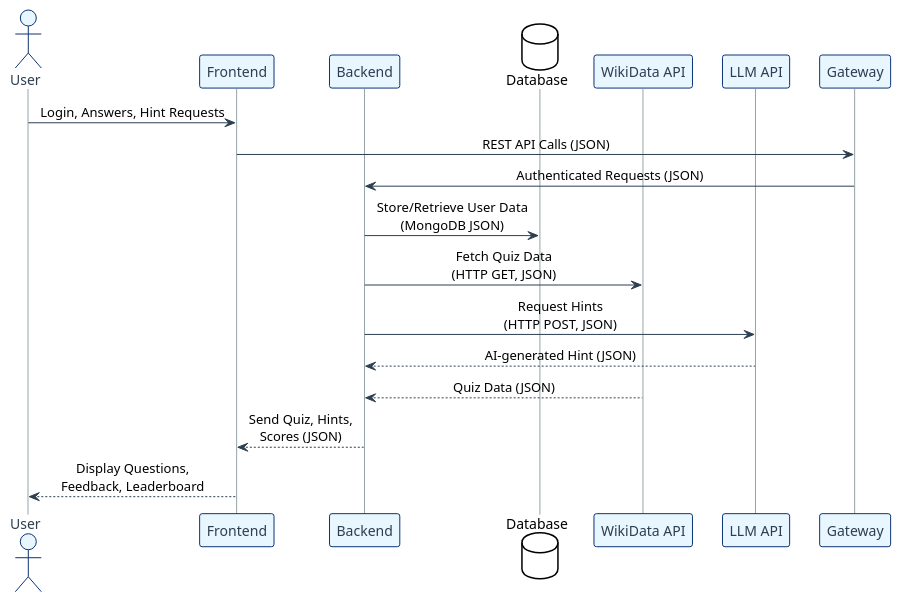
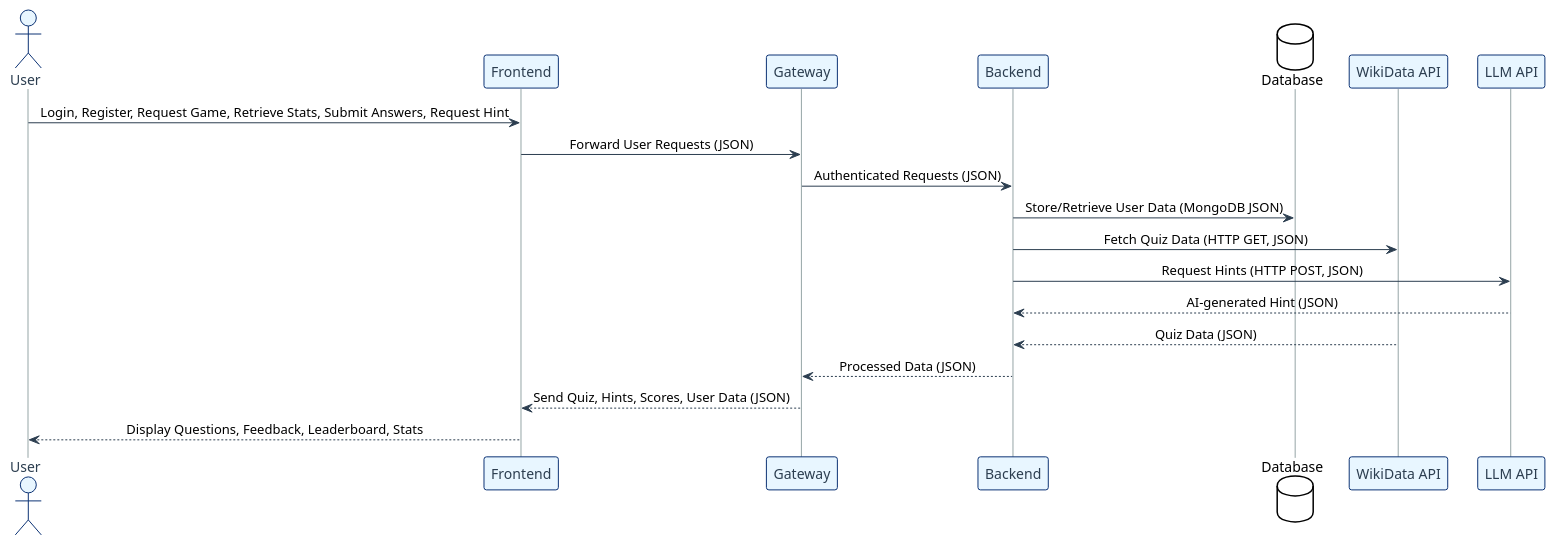
The second of 2 diagrams in docs/src/03_context_and_scope.adoc (Arquisoft/wichat_en2b), drawn with PlantUML before and after one commit. The commit also changed other lines of this file, not shown here.

Commit message:
#131 - Enhance system context diagram and update technical context details

```diff
--- a/docs/src/03_context_and_scope.adoc
+++ b/docs/src/03_context_and_scope.adoc
@@ -55,48 +105,49 @@
 [plantuml]
 ----
 @startuml
 !theme plain
 skinparam BackgroundColor transparent
 skinparam sequenceMessageAlign center
 
 skinparam sequence {
-    ArrowColor #2C3E50
-    LifeLineBorderColor #95A5A6
-    LifeLineBackgroundColor #ECF0F1
+ArrowColor #2C3E50
+LifeLineBorderColor #95A5A6
+LifeLineBackgroundColor #ECF0F1
 
     ParticipantBorderColor #0d3375
     ParticipantBackgroundColor #E8F6FF
     ParticipantFontColor #2C3E50
     ParticipantFontSize 14
 
     ActorBorderColor #0d3375
     ActorBackgroundColor #E8F6FF
     ActorFontColor #2C3E50
     ActorFontSize 14
 
     DatabaseBorderColor #9B59B6
     DatabaseBackgroundColor #F4ECF7
 }
 
 actor User
 participant "Frontend" as Frontend
+participant "Gateway" as Gateway
 participant "Backend" as Backend
 database "Database" as DB
 participant "WikiData API" as WikiData
 participant "LLM API" as AI
-participant "Gateway" as Gateway
 
-User -> Frontend : Login, Answers, Hint Requests
-Frontend -> Gateway : REST API Calls (JSON)
+User -> Frontend : Login, Register, Request Game, Retrieve Stats, Submit Answers, Request Hint
+Frontend -> Gateway : Forward User Requests (JSON)
 
 Gateway -> Backend : Authenticated Requests (JSON)
-Backend -> DB : Store/Retrieve User Data\n(MongoDB JSON)
-Backend -> WikiData : Fetch Quiz Data\n(HTTP GET, JSON)
-Backend -> AI : Request Hints\n(HTTP POST, JSON)
+Backend -> DB : Store/Retrieve User Data (MongoDB JSON)
+Backend -> WikiData : Fetch Quiz Data (HTTP GET, JSON)
+Backend -> AI : Request Hints (HTTP POST, JSON)
 
 AI --> Backend : AI-generated Hint (JSON)
 WikiData --> Backend : Quiz Data (JSON)
-Backend --> Frontend : Send Quiz, Hints,\nScores (JSON)
-Frontend --> User : Display Questions,\nFeedback, Leaderboard
+Backend --> Gateway : Processed Data (JSON)
+Gateway --> Frontend : Send Quiz, Hints, Scores, User Data (JSON)
+Frontend --> User : Display Questions, Feedback, Leaderboard, Stats
 @enduml
 ----
```
